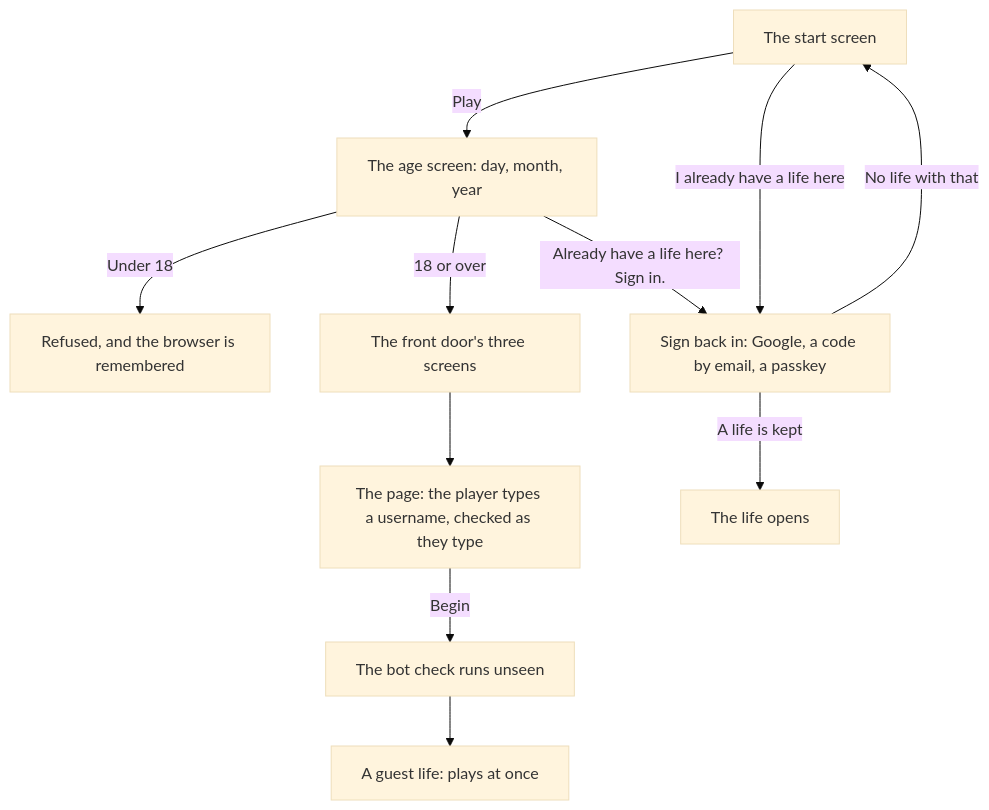
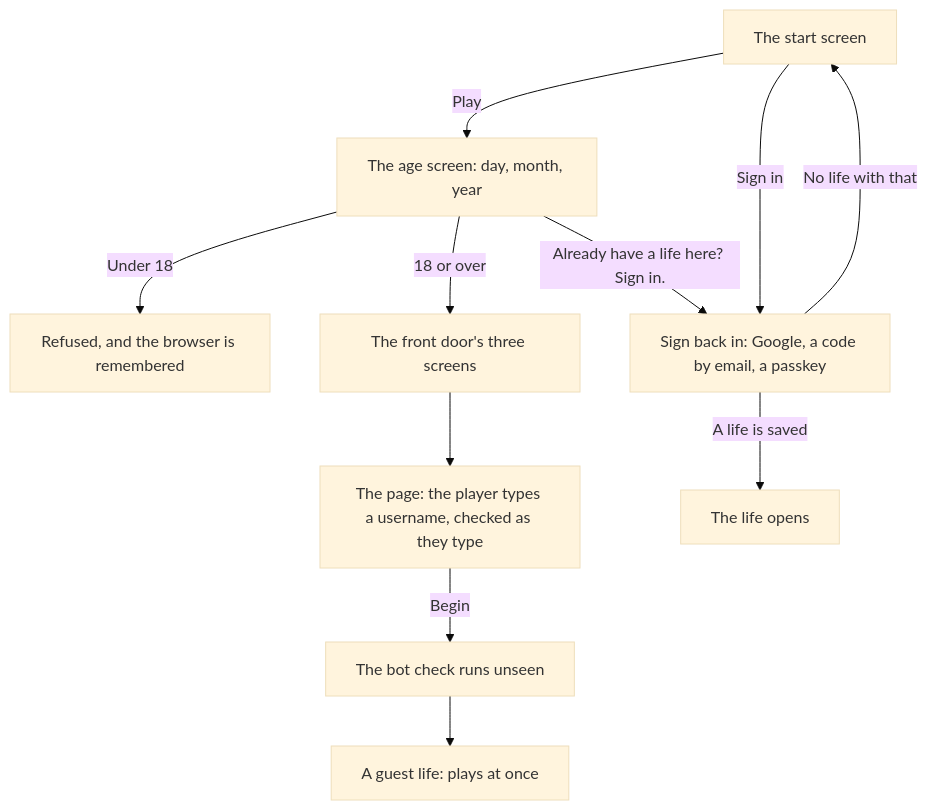
Before and after one commit to buildlab-studio/japacity: the diagram in docs/site/plays/accounts.md, drawn with Mermaid (base theme). The commit also changed other lines of this file and 18 other files, not shown here.

First line of the commit message:
The account's words: save for a guest's life, sign in for coming back

````diff
--- a/docs/site/plays/accounts.md
+++ b/docs/site/plays/accounts.md
@@ -17,13 +17,13 @@
 ```mermaid
 flowchart TD
   S["The start screen"] -->|"Play"| A["The age screen: day, month, year"]
   A -->|"Under 18"| X["Refused, and the browser is remembered"]
   A -->|"18 or over"| D["The front door's three screens"]
   D --> P["The page: the player types a username, checked as they type"]
   P -->|"Begin"| B["The bot check runs unseen"]
   B --> G["A guest life: plays at once"]
-  S -->|"I already have a life here"| W["Sign back in: Google, a code by email, a passkey"]
+  S -->|"Sign in"| W["Sign back in: Google, a code by email, a passkey"]
   A -->|"Already have a life here? Sign in."| W
-  W -->|"A life is kept"| L["The life opens"]
+  W -->|"A life is saved"| L["The life opens"]
   W -->|"No life with that"| S
 ```
````
